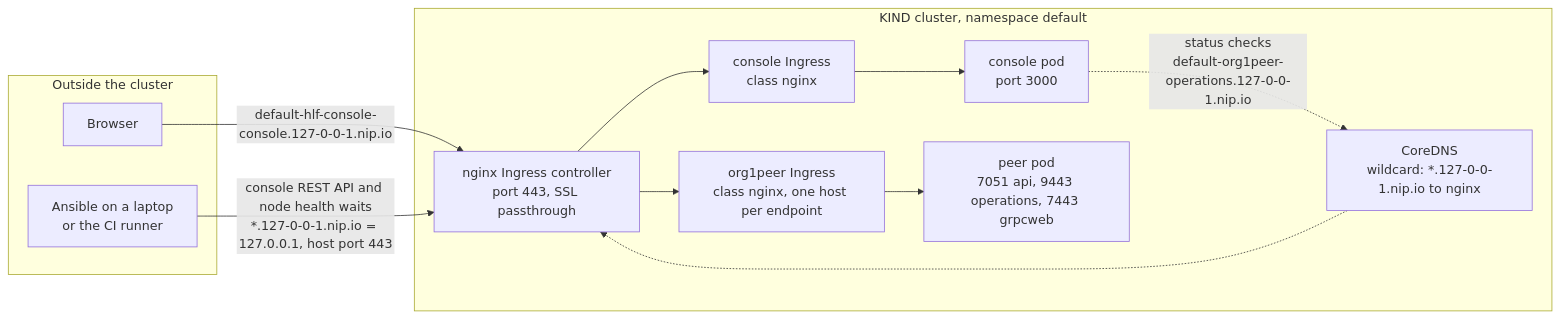
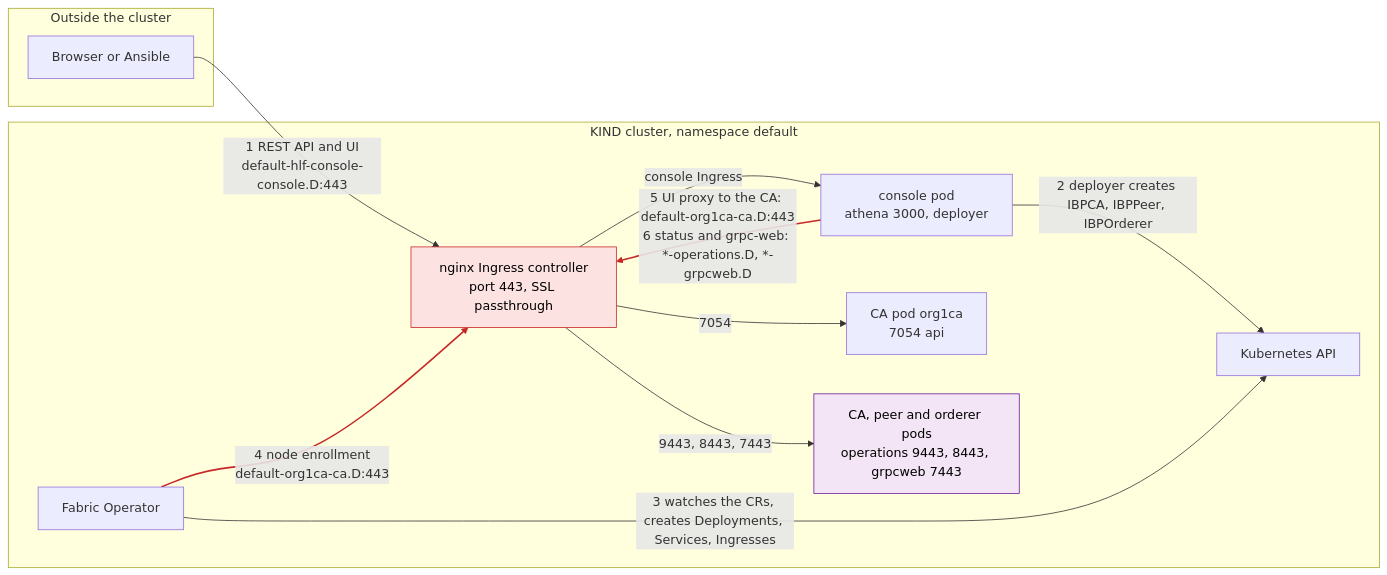
One commit to AndyGuerin-IBM/fabric-ansible-collection changed the first of 12 diagrams in plan/move-ingress/SCENARIOS-MERMAID.md. Above: the diagram before and after it, drawn with Mermaid. The commit also changed other lines of this file and 3 other files, not shown here.

````diff
--- a/plan/move-ingress/SCENARIOS-MERMAID.md
+++ b/plan/move-ingress/SCENARIOS-MERMAID.md
@@ -12,21 +62,27 @@
 ```mermaid
 flowchart LR
   subgraph out["Outside the cluster"]
-    web["Browser"]
-    ans["Ansible on a laptop<br/>or the CI runner"]
+    user["Browser or Ansible"]
   end
-  subgraph kind["KIND cluster, namespace default"]
+  subgraph k8s["KIND cluster, namespace default"]
     nginx["nginx Ingress controller<br/>port 443, SSL passthrough"]
-    ingC["console Ingress<br/>class nginx"]
-    ingP["org1peer Ingress<br/>class nginx, one host per endpoint"]
-    console["console pod<br/>port 3000"]
-    peer["peer pod<br/>7051 api, 9443 operations, 7443 grpcweb"]
-    dns["CoreDNS<br/>wildcard: *.127-0-0-1.nip.io to nginx"]
+    console["console pod<br/>athena 3000, deployer"]
+    api["Kubernetes API"]
+    op["Fabric Operator"]
+    ca["CA pod org1ca<br/>7054 api"]
+    ops["CA, peer and orderer pods<br/>operations 9443, 8443, grpcweb 7443"]
   end
-  web -->|"default-hlf-console-console.127-0-0-1.nip.io"| nginx
-  ans -->|"console REST API and node health waits<br/>*.127-0-0-1.nip.io = 127.0.0.1, host port 443"| nginx
-  nginx --> ingC --> console
-  nginx --> ingP --> peer
-  console -.->|"status checks<br/>default-org1peer-operations.127-0-0-1.nip.io"| dns
-  dns -.-> nginx
+  user -->|"1 REST API and UI<br/>default-hlf-console-console.D:443"| nginx
+  nginx -->|"console Ingress"| console
+  console -->|"2 deployer creates IBPCA, IBPPeer, IBPOrderer"| api
+  op -->|"3 watches the CRs, creates Deployments, Services, Ingresses"| api
+  op -->|"4 node enrollment<br/>default-org1ca-ca.D:443"| nginx
+  console -->|"5 UI proxy to the CA: default-org1ca-ca.D:443<br/>6 status and grpc-web: *-operations.D, *-grpcweb.D"| nginx
+  nginx -->|"7054"| ca
+  nginx -->|"9443, 8443, 7443"| ops
+  classDef red fill:#fde2e2,stroke:#c62828,color:#000
+  classDef purple fill:#f3e5f5,stroke:#6a1b9a,color:#000
+  class nginx red
+  class ops purple
+  linkStyle 4,5 stroke:#c62828,stroke-width:2px
 ```
````
